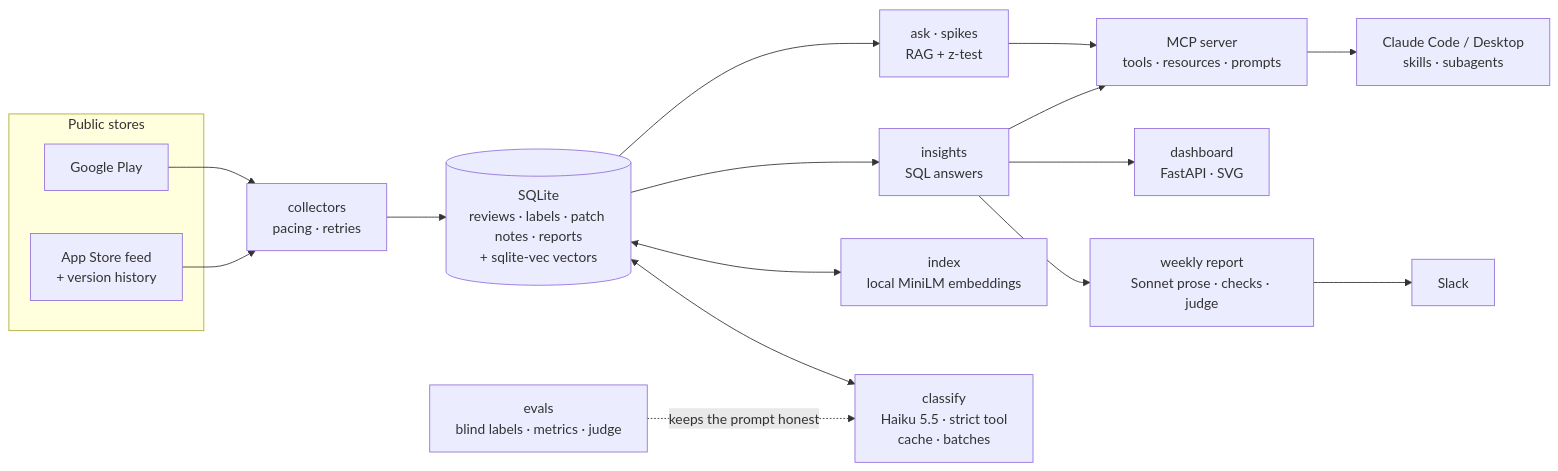
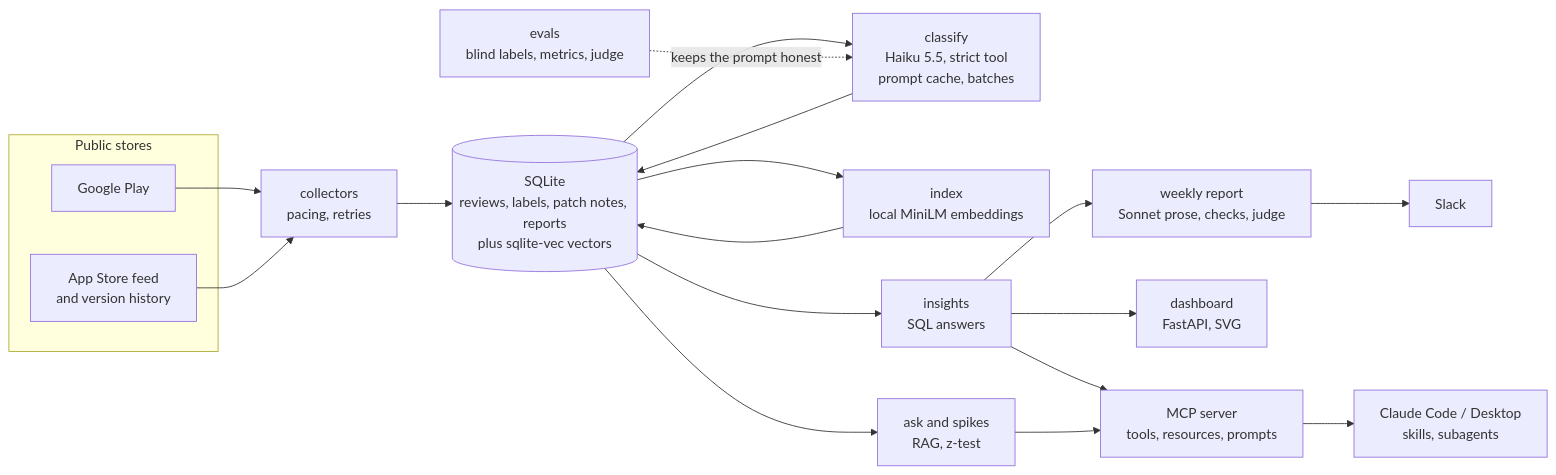
The diagram in README.md (LightWonkas/player-review-intelligence), drawn with Mermaid before and after one commit.

Commit message:
fix(docs): make the architecture diagram render on GitHub
GitHub's Mermaid rejected the middle dots in unquoted labels (lexical error on Mermaid 9). Labels are now quoted, with plain separators and one-way arrows; the diagram parses and renders on Mermaid 9.4, 10.9 and 11.

````diff
--- a/README.md
+++ b/README.md
@@ -36,21 +36,23 @@
 ```mermaid
 flowchart LR
-  subgraph stores[Public stores]
-    GP[Google Play]
-    AS[App Store feed<br/>+ version history]
+  subgraph stores["Public stores"]
+    GP["Google Play"]
+    AS["App Store feed<br/>and version history"]
   end
   GP --> COL
   AS --> COL
-  COL[collectors<br/>pacing · retries] --> DB[(SQLite<br/>reviews · labels · patch notes · reports<br/>+ sqlite-vec vectors)]
-  DB <--> CLS[classify<br/>Haiku 5.5 · strict tool<br/>cache · batches]
-  DB <--> IDX[index<br/>local MiniLM embeddings]
-  EV[evals<br/>blind labels · metrics · judge] -. keeps the prompt honest .-> CLS
-  DB --> INS[insights<br/>SQL answers]
-  DB --> RAG[ask · spikes<br/>RAG + z-test]
-  INS --> REP[weekly report<br/>Sonnet prose · checks · judge]
-  INS --> DASH[dashboard<br/>FastAPI · SVG]
-  INS --> MCP[MCP server<br/>tools · resources · prompts]
+  COL["collectors<br/>pacing, retries"] --> DB[("SQLite<br/>reviews, labels, patch notes, reports<br/>plus sqlite-vec vectors")]
+  DB --> CLS["classify<br/>Haiku 5.5, strict tool<br/>prompt cache, batches"]
+  CLS --> DB
+  DB --> IDX["index<br/>local MiniLM embeddings"]
+  IDX --> DB
+  EV["evals<br/>blind labels, metrics, judge"] -.->|keeps the prompt honest| CLS
+  DB --> INS["insights<br/>SQL answers"]
+  DB --> RAG["ask and spikes<br/>RAG, z-test"]
+  INS --> REP["weekly report<br/>Sonnet prose, checks, judge"]
+  INS --> DASH["dashboard<br/>FastAPI, SVG"]
+  INS --> MCP["MCP server<br/>tools, resources, prompts"]
   RAG --> MCP
-  REP --> SL[Slack]
-  MCP --> CC[Claude Code / Desktop<br/>skills · subagents]
+  REP --> SL["Slack"]
+  MCP --> CC["Claude Code / Desktop<br/>skills, subagents"]
 ```
````
